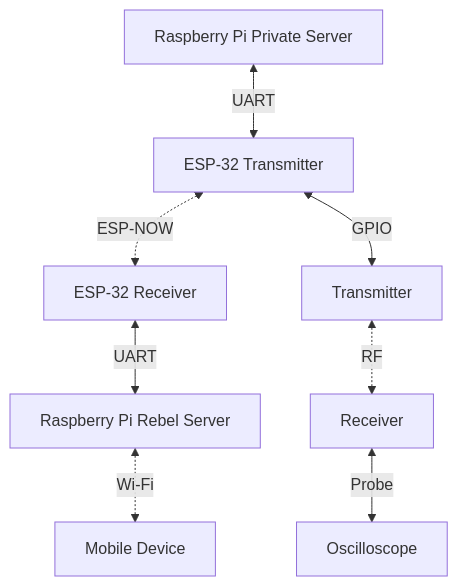
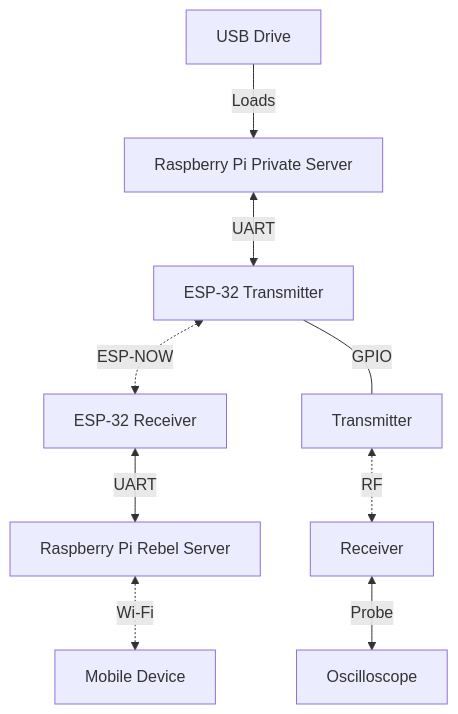
One commit to marcusgigandet/dsig changed the diagram in docs/architecture/Hardware.md. Above: the diagram before and after it, drawn with Mermaid. The commit also changed 1 other file, not shown here.

Commit message:
docs: Cleanup software architecture docs.

````diff
--- a/docs/architecture/Hardware.md
+++ b/docs/architecture/Hardware.md
@@ -3,24 +3,25 @@
 ```mermaid
 flowchart TB
+    USB["USB Drive"]
     Pi_1["Raspberry Pi Private Server"]
     Pi_2["Raspberry Pi Rebel Server"]
     Mobile["Mobile Device"]
 
     ESP_1["ESP-32 Transmitter"]
     ESP_2["ESP-32 Receiver"]
     Transmitter["Transmitter"]
     Receiver["Receiver"]
     Oscilloscope["Oscilloscope"]
     
-
+    USB -- "Loads" --> Pi_1
     Pi_1 <-- UART --> ESP_1
 
     ESP_1 <-. ESP-NOW .-> ESP_2
-    ESP_1 <-- GPIO --> Transmitter
+    ESP_1 -- GPIO --- Transmitter
 
     ESP_2 <-- UART --> Pi_2
     Pi_2 <-. Wi-Fi .-> Mobile
 
     Transmitter <-. RF .-> Receiver
     Receiver <-- Probe --> Oscilloscope
 ```
````
